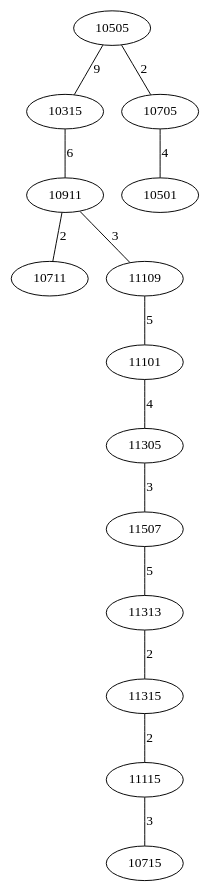
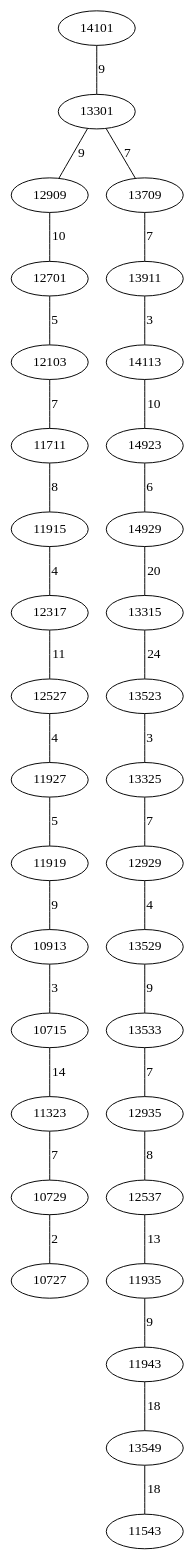
One commit to AsmNoob/Labyrinthe changed the diagram in Graph.dot. Above: the diagram before and after it, drawn with Graphviz. The commit also changed 3 other files, not shown here.

Commit message:
[GRAPH OPTIMISATION] changemant notable l'optimisation ne coute plus rien SBAAAAMMM essay avec laby4

```diff
--- a/Graph.dot
+++ b/Graph.dot
@@ -1,17 +1,36 @@
 graph chemin {
 
-	10505 -- 10315 [label=9]
-	10505 -- 10705 [label=2]
-	10315 -- 10911 [label=6]
-	10911 -- 10711 [label=2]
-	10911 -- 11109 [label=3]
-	11109 -- 11101 [label=5]
-	11101 -- 11305 [label=4]
-	11305 -- 11507 [label=3]
-	11507 -- 11313 [label=5]
-	11313 -- 11315 [label=2]
-	11315 -- 11115 [label=2]
-	11115 -- 10715 [label=3]
-	10705 -- 10501 [label=4]
+	14101 -- 13301 [label=9]
+	13301 -- 12909 [label=9]
+	13301 -- 13709 [label=7]
+	12909 -- 12701 [label=10]
+	12701 -- 12103 [label=5]
+	12103 -- 11711 [label=7]
+	11711 -- 11915 [label=8]
+	11915 -- 12317 [label=4]
+	12317 -- 12527 [label=11]
+	12527 -- 11927 [label=4]
+	11927 -- 11919 [label=5]
+	11919 -- 10913 [label=9]
+	10913 -- 10715 [label=3]
+	10715 -- 11323 [label=14]
+	11323 -- 10729 [label=7]
+	10729 -- 10727 [label=2]
+	13709 -- 13911 [label=7]
+	13911 -- 14113 [label=3]
+	14113 -- 14923 [label=10]
+	14923 -- 14929 [label=6]
+	14929 -- 13315 [label=20]
+	13315 -- 13523 [label=24]
+	13523 -- 13325 [label=3]
+	13325 -- 12929 [label=7]
+	12929 -- 13529 [label=4]
+	13529 -- 13533 [label=9]
+	13533 -- 12935 [label=7]
+	12935 -- 12537 [label=8]
+	12537 -- 11935 [label=13]
+	11935 -- 11943 [label=9]
+	11943 -- 13549 [label=18]
+	13549 -- 11543 [label=18]
 
 }
```
